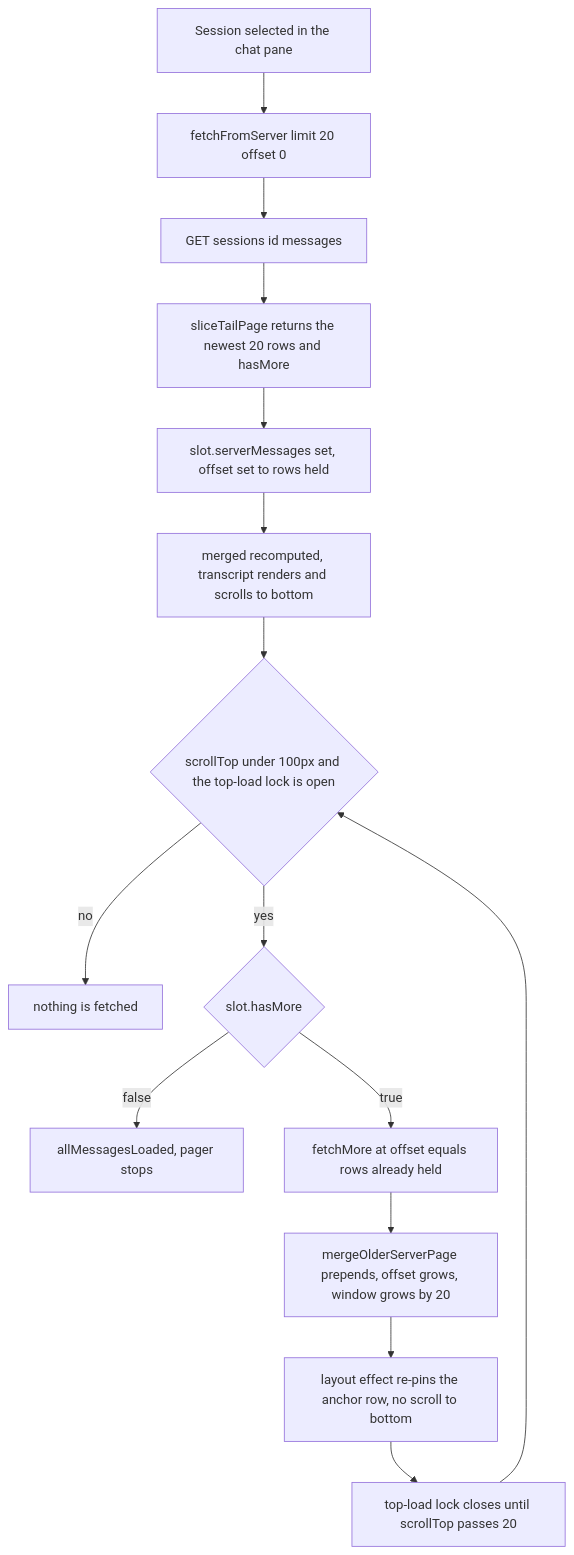
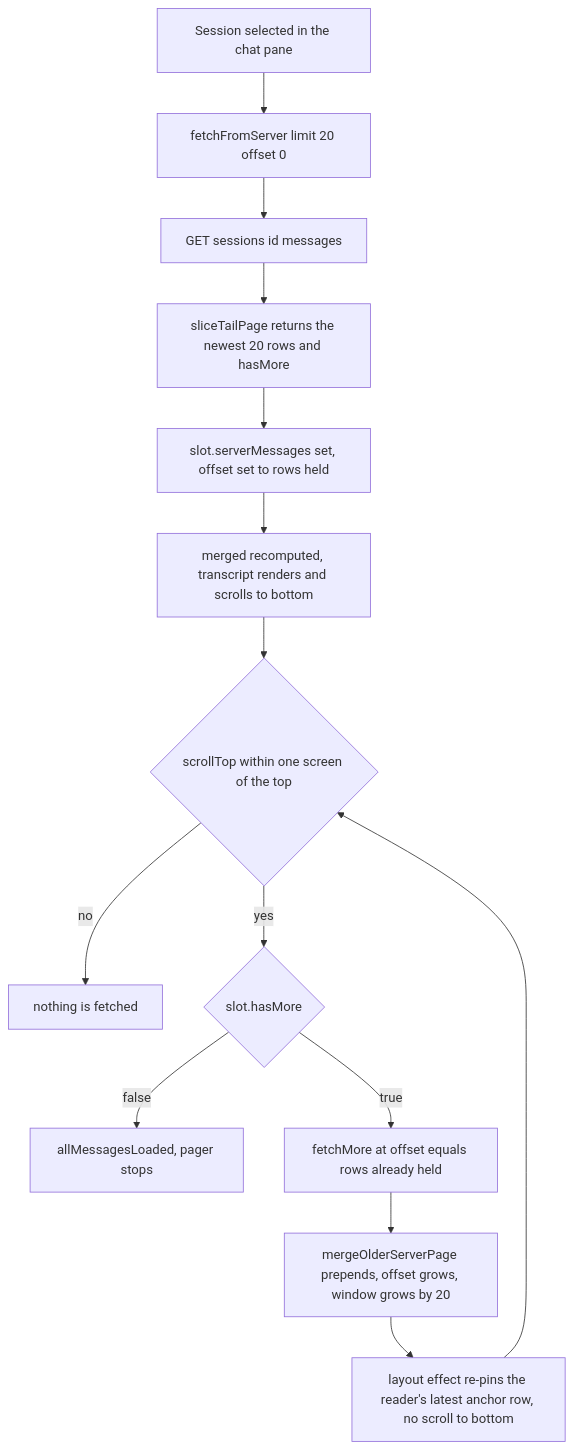
The first of 3 diagrams in docs/architecture/04-message-store-and-lazy-loading.md (ScottDeJesus/claudecodeui_lyphe), drawn with Mermaid before and after one commit. The commit also changed other lines of this file and 146 other files, not shown here.

````diff
--- a/docs/architecture/04-message-store-and-lazy-loading.md
+++ b/docs/architecture/04-message-store-and-lazy-loading.md
@@ -270,17 +271,16 @@
 ```mermaid
 flowchart TD
   A["Session selected in the chat pane"] --> B["fetchFromServer limit 20 offset 0"]
   B --> C["GET sessions id messages"]
   C --> D["sliceTailPage returns the newest 20 rows and hasMore"]
   D --> E["slot.serverMessages set, offset set to rows held"]
   E --> F["merged recomputed, transcript renders and scrolls to bottom"]
-  F --> G{"scrollTop under 100px and the top-load lock is open"}
+  F --> G{"scrollTop within one screen of the top"}
   G -->|"no"| Z["nothing is fetched"]
   G -->|"yes"| H{"slot.hasMore"}
   H -->|"false"| K["allMessagesLoaded, pager stops"]
   H -->|"true"| I["fetchMore at offset equals rows already held"]
   I --> J["mergeOlderServerPage prepends, offset grows, window grows by 20"]
-  J --> L["layout effect re-pins the anchor row, no scroll to bottom"]
-  L --> M["top-load lock closes until scrollTop passes 20"]
-  M --> G
+  J --> L["layout effect re-pins the reader's latest anchor row, no scroll to bottom"]
+  L --> G
 ```
````
